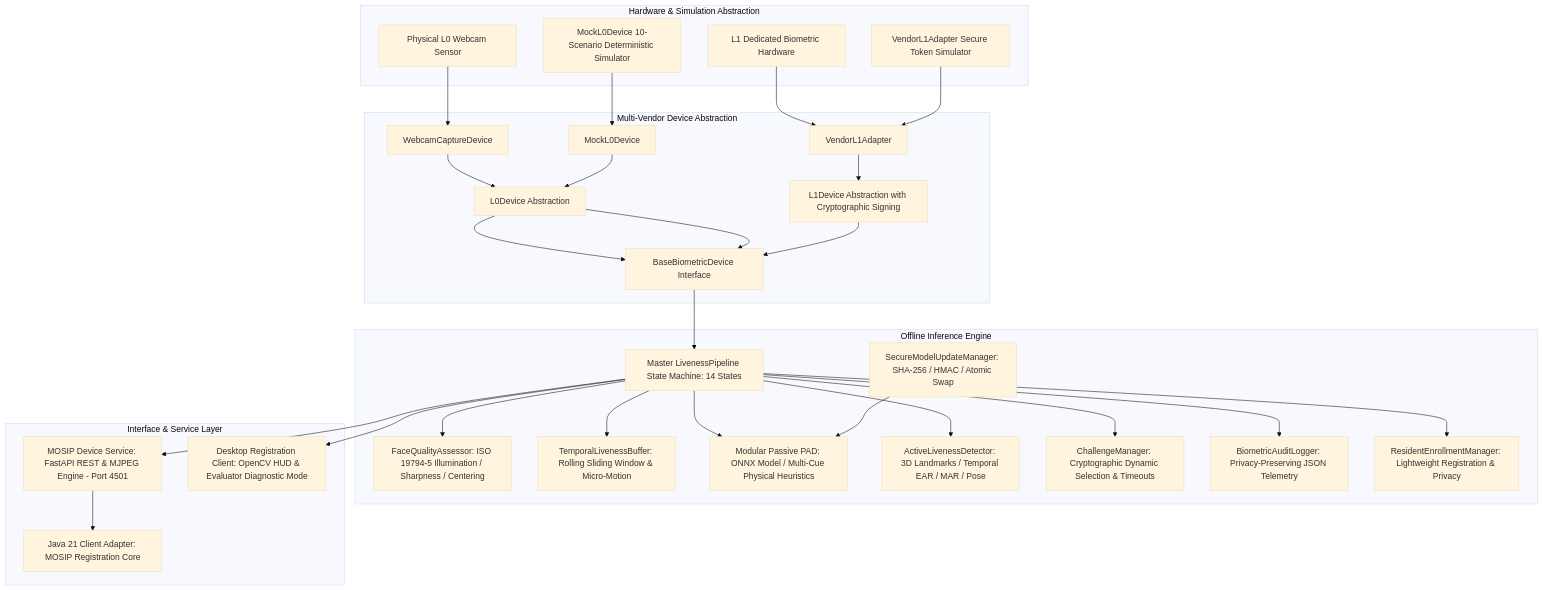
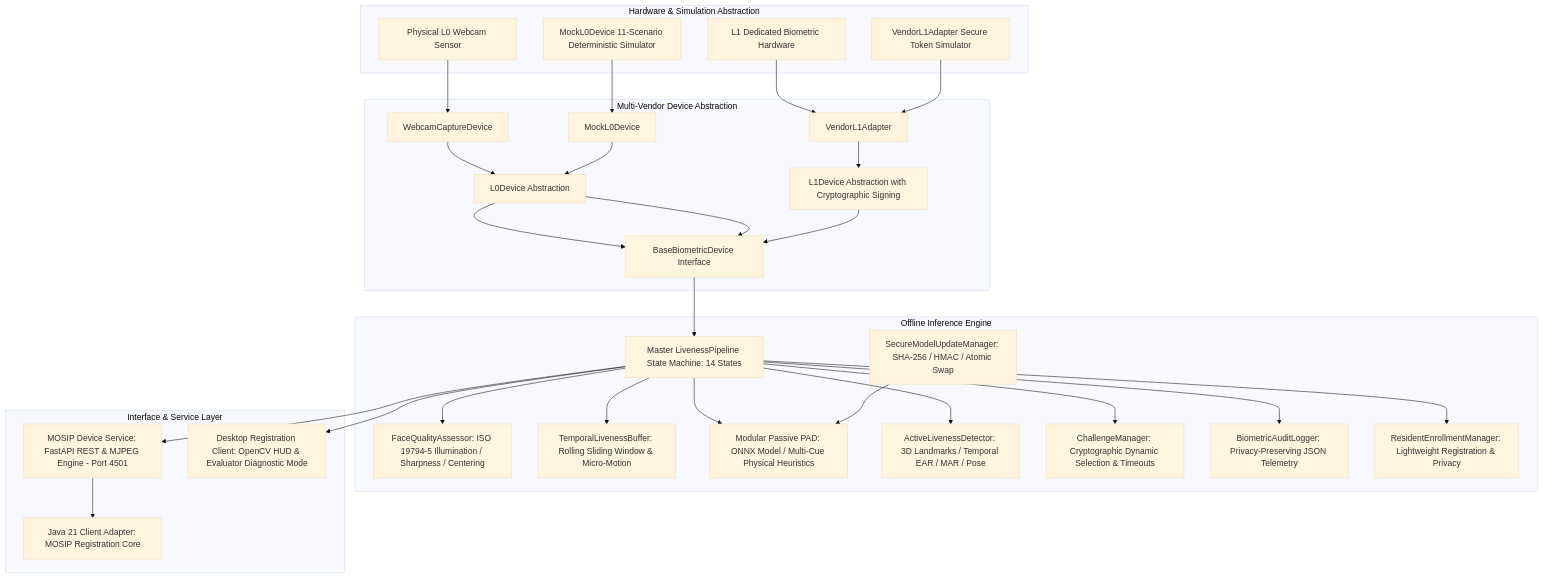
The first of 3 diagrams in docs/TECHNICAL_DESIGN.md (car-ui/mosip-face-liveness-pad), drawn with Mermaid (base theme) before and after one commit. The commit also changed other lines of this file and 2 other files, not shown here.

Commit message:
ci(github): add automated CI workflow, reconcile head-pose geometric docs, 11-scenario terminology, and token hash semantics

````diff
--- a/docs/TECHNICAL_DESIGN.md
+++ b/docs/TECHNICAL_DESIGN.md
@@ -20,55 +20,55 @@
 ```mermaid
 flowchart TD
     subgraph Device Layer [Hardware & Simulation Abstraction]
         HW1[Physical L0 Webcam Sensor]
         HW2[L1 Dedicated Biometric Hardware]
-        SIM[MockL0Device 10-Scenario Deterministic Simulator]
+        SIM[MockL0Device 11-Scenario Deterministic Simulator]
         VEND[VendorL1Adapter Secure Token Simulator]
     end
 
     subgraph Device Adapter Layer [Multi-Vendor Device Abstraction]
         DIF[BaseBiometricDevice Interface]
         L0Base[L0Device Abstraction]
         L1Base[L1Device Abstraction with Cryptographic Signing]
         WAdapter[WebcamCaptureDevice]
         MAdapter[MockL0Device]
         VAdapter[VendorL1Adapter]
     end
 
     subgraph Core Processing Pipeline [Offline Inference Engine]
         QA[FaceQualityAssessor: ISO 19794-5 Illumination / Sharpness / Centering]
         TB[TemporalLivenessBuffer: Rolling Sliding Window & Micro-Motion]
         PAD[Modular Passive PAD: ONNX Model / Multi-Cue Physical Heuristics]
         AL[ActiveLivenessDetector: 3D Landmarks / Temporal EAR / MAR / Pose]
         CM[ChallengeManager: Cryptographic Dynamic Selection & Timeouts]
         ALog[BiometricAuditLogger: Privacy-Preserving JSON Telemetry]
         UPD[SecureModelUpdateManager: SHA-256 / HMAC / Atomic Swap]
         REM[ResidentEnrollmentManager: Lightweight Registration & Privacy]
         SM[Master LivenessPipeline State Machine: 14 States]
     end
 
     subgraph Interface & Service Layer
         MDS[MOSIP Device Service: FastAPI REST & MJPEG Engine - Port 4501]
         DesktopUI[Desktop Registration Client: OpenCV HUD & Evaluator Diagnostic Mode]
         JavaAdapter[Java 21 Client Adapter: MOSIP Registration Core]
     end
 
     HW1 --> WAdapter --> L0Base --> DIF
     SIM --> MAdapter --> L0Base --> DIF
     HW2 --> VAdapter --> L1Base --> DIF
     VEND --> VAdapter
 
     DIF --> SM
     SM --> QA
     SM --> TB
     SM --> PAD
     SM --> AL
     SM --> CM
     SM --> ALog
     SM --> REM
     UPD --> PAD
 
     SM --> MDS
     SM --> DesktopUI
     MDS --> JavaAdapter
 ```
````
